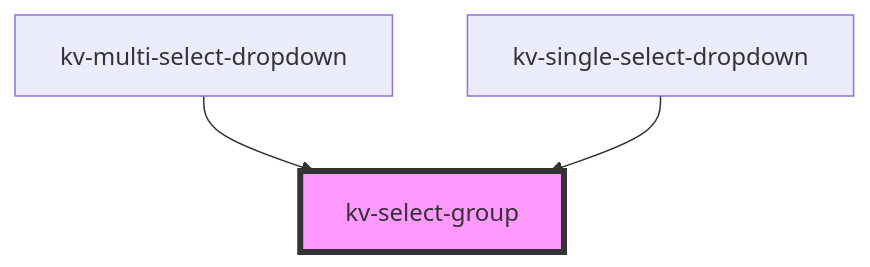
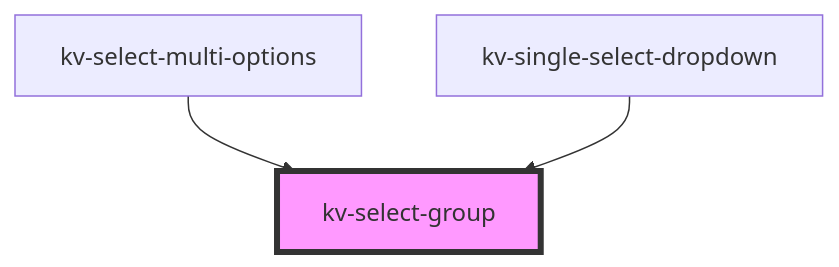
Before and after one commit to kelvininc/ui-components: the diagram in packages/ui-components/src/components/select-group/readme.md, drawn with Mermaid. The commit also changed other lines of this file and 12 other files, not shown here.

Commit message:
refactor(multi-select-dropdown): isolate options selector to a separate component

````diff
--- a/packages/ui-components/src/components/select-group/readme.md
+++ b/packages/ui-components/src/components/select-group/readme.md
@@ -61,6 +61,6 @@
 ```mermaid
 graph TD;
-  kv-multi-select-dropdown --> kv-select-group
+  kv-select-multi-options --> kv-select-group
   kv-single-select-dropdown --> kv-select-group
   style kv-select-group fill:#f9f,stroke:#333,stroke-width:4px
 ```
````
